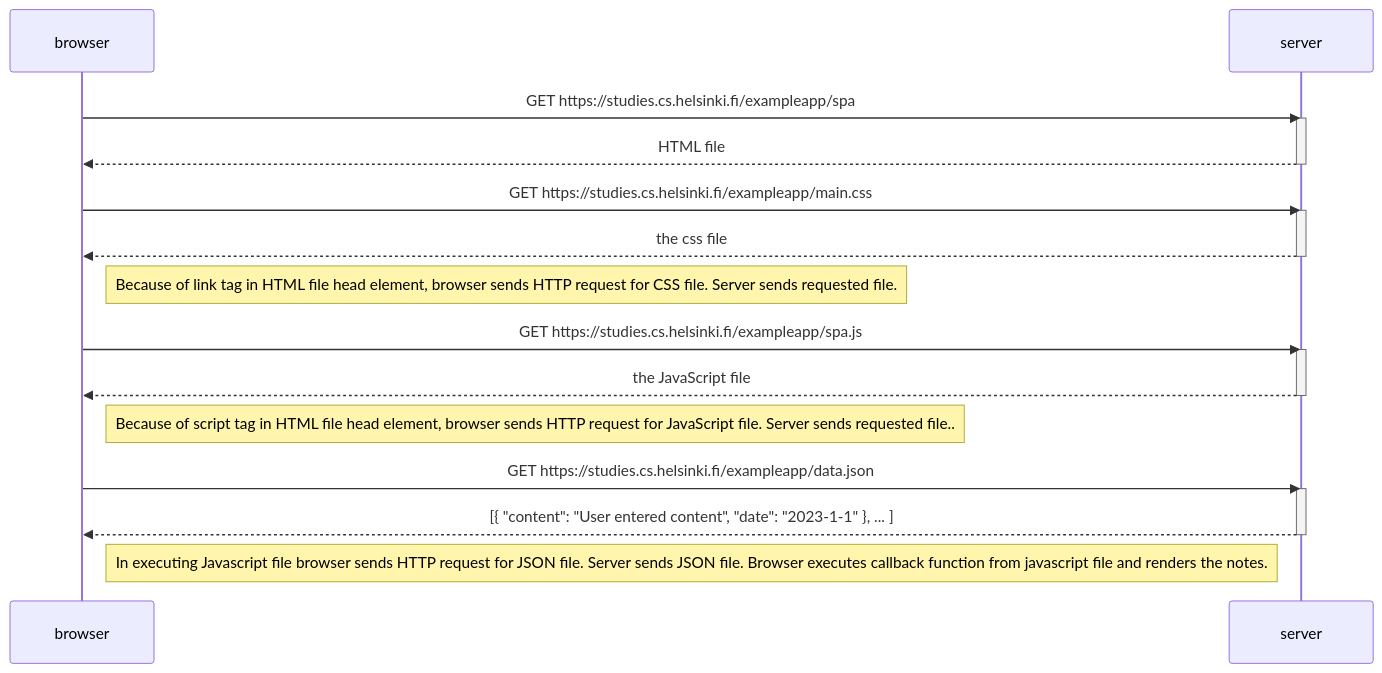
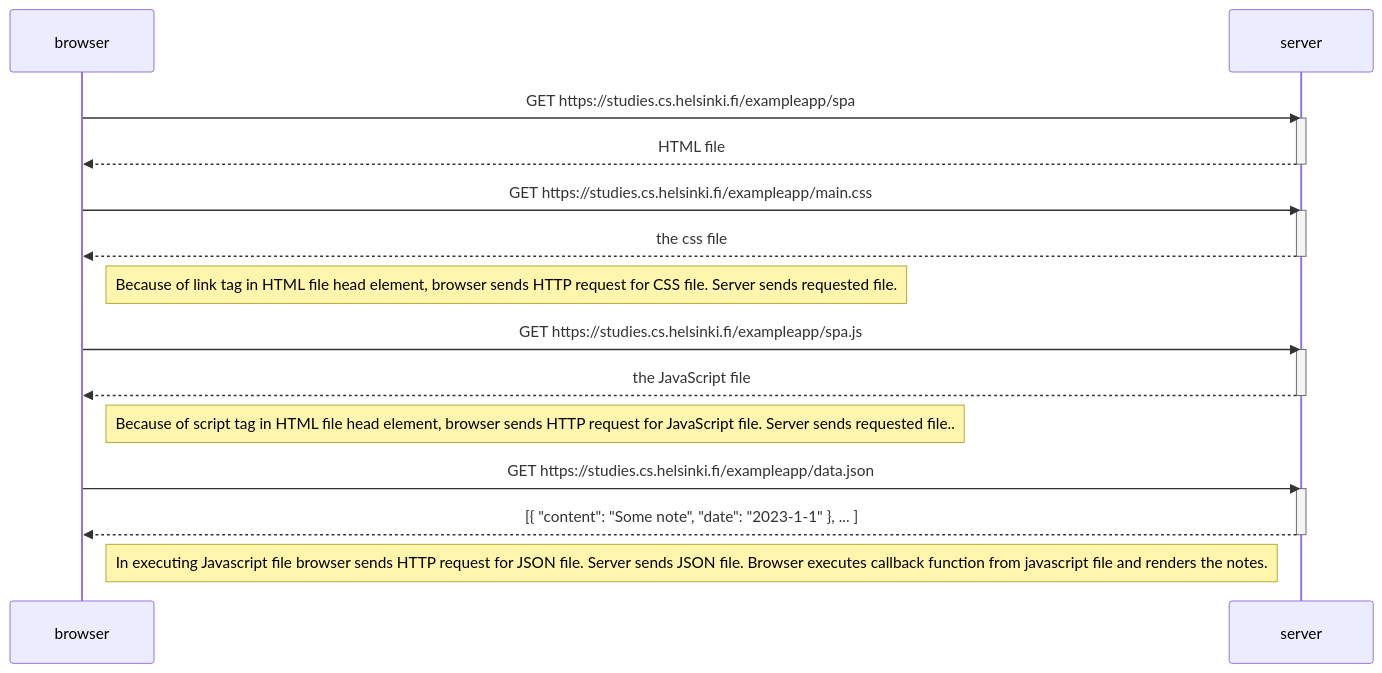
One commit to VladimirBrscic/fullStackOpenCourse changed the diagram in Part0/Exercise 0.5/spa.md. Above: the diagram before and after it, drawn with Mermaid.

````diff
--- a/Part0/Exercise 0.5/spa.md
+++ b/Part0/Exercise 0.5/spa.md
@@ -3,32 +3,32 @@
 ```mermaid
 sequenceDiagram
     participant browser
     participant server
     
     browser->>server: GET https://studies.cs.helsinki.fi/exampleapp/spa
     activate server
     server-->>browser: HTML file
     deactivate server
     
 
 browser->>server: GET https://studies.cs.helsinki.fi/exampleapp/main.css
     activate server
     server-->>browser: the css file
     deactivate server
     
     Note right of browser: Because of link tag in HTML file head element, browser sends HTTP request for CSS file. Server sends requested file.
        
     browser->>server: GET https://studies.cs.helsinki.fi/exampleapp/spa.js
     activate server
     server-->>browser: the JavaScript file
     deactivate server
     
     Note right of browser: Because of script tag in HTML file head element, browser sends HTTP request for JavaScript file. Server sends requested file..
     
     browser->>server: GET https://studies.cs.helsinki.fi/exampleapp/data.json
     activate server
-    server-->>browser: [{ "content": "User entered content", "date": "2023-1-1" }, ... ]
+    server-->>browser: [{ "content": "Some note", "date": "2023-1-1" }, ... ]
     deactivate server    
 
     Note right of browser: In executing Javascript file browser sends HTTP request for JSON file. Server sends JSON file. Browser executes callback function from javascript file and renders the notes.
 ```
````
